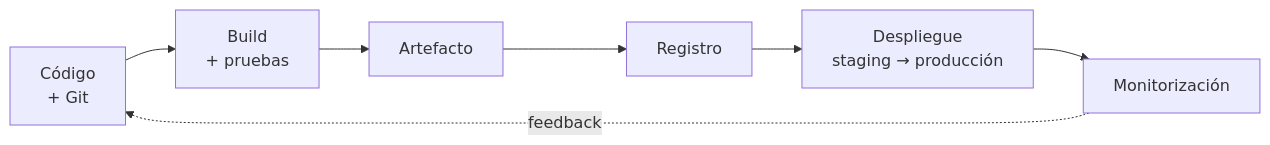
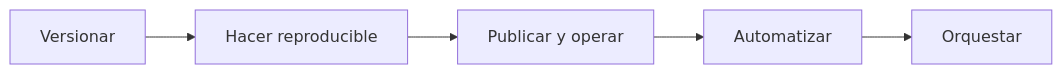
Before and after one commit to alejandroroig/despliegue-daw: the fifth of 5 diagrams in docs/tema1/arquitecturas-despliegue.md, drawn with Mermaid. The commit also changed other lines of this file and 7 other files, not shown here.

````diff
--- a/docs/tema1/arquitecturas-despliegue.md
+++ b/docs/tema1/arquitecturas-despliegue.md
@@ -328,9 +383,4 @@
 ```mermaid
 flowchart LR
-    C["Código<br/>+ Git"] --> B["Build<br/>+ pruebas"]
-    B --> A["Artefacto"]
-    A --> G["Registro"]
-    G --> D["Despliegue<br/>staging → producción"]
-    D --> O["Monitorización"]
-    O -. "feedback" .-> C
+    V["Versionar"] --> R["Hacer reproducible"] --> P["Publicar y operar"] --> A["Automatizar"] --> O["Orquestar"]
 ```
````
